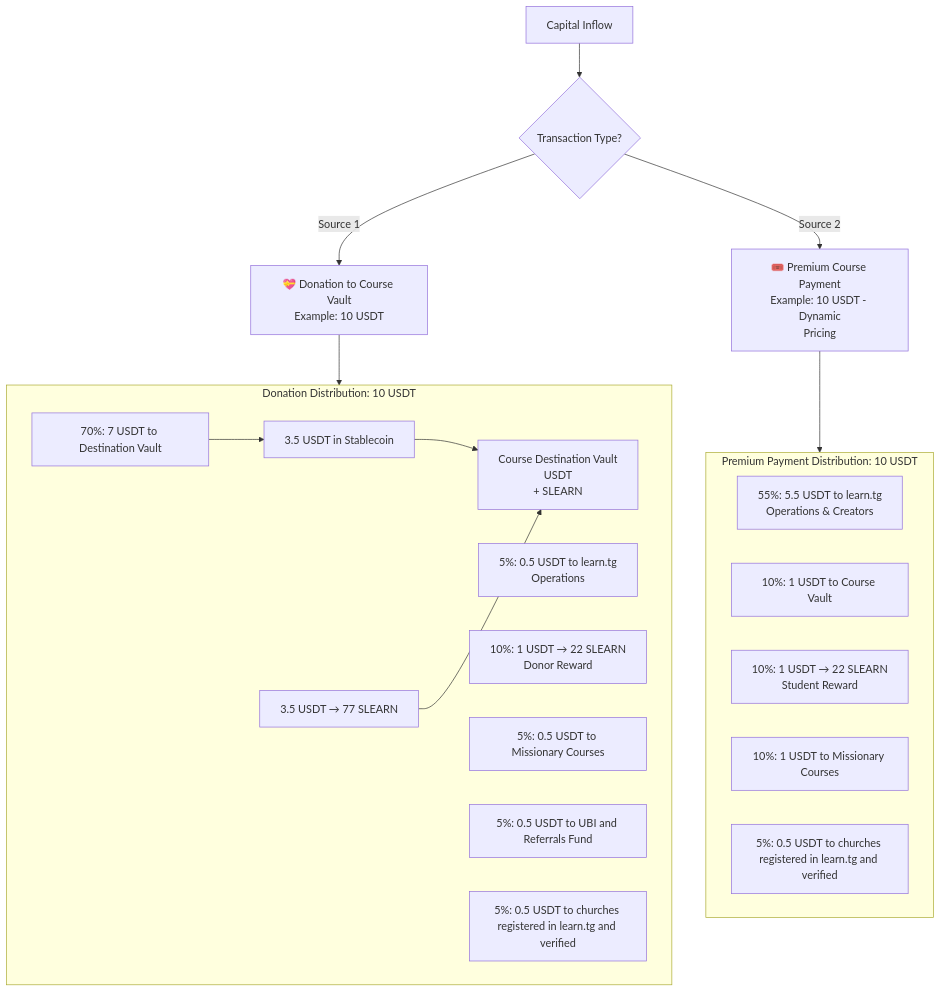
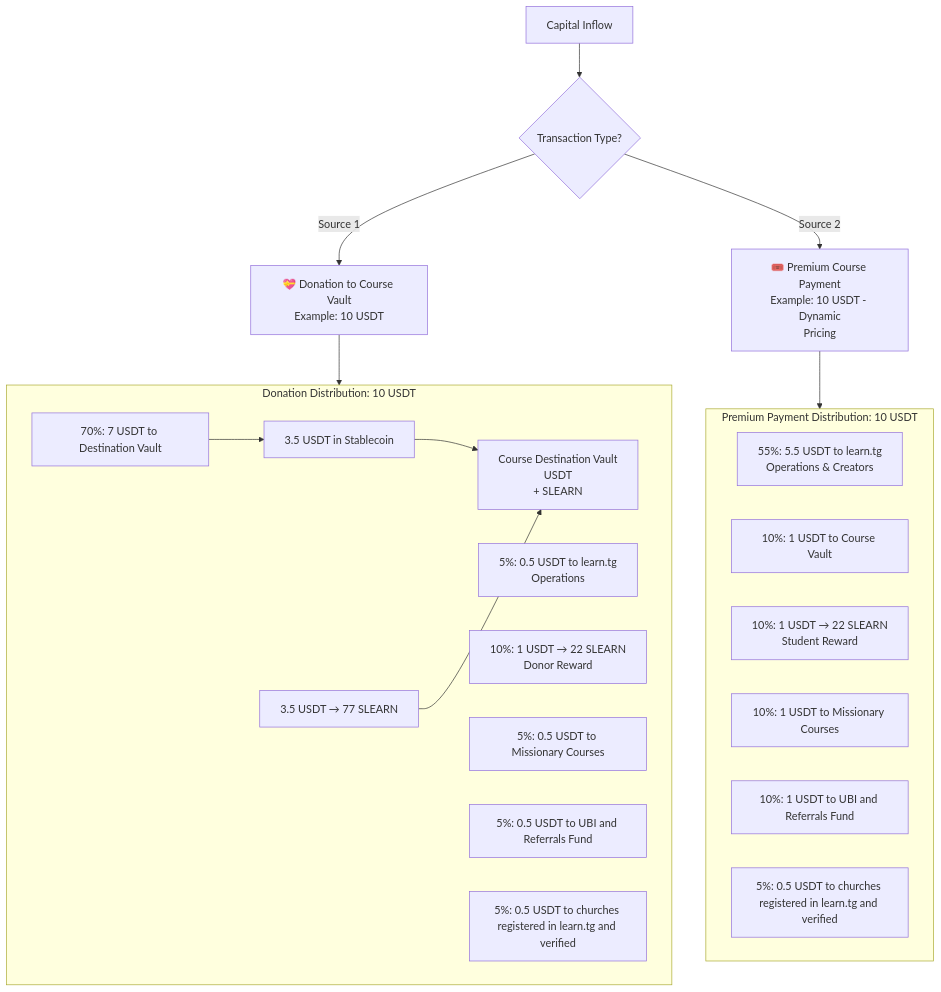
One commit to pasosdeJesus/learn.tg changed the first of 3 diagrams in SLEARN-WHITEPAPER.md. Above: the diagram before and after it, drawn with Mermaid.

````diff
--- a/SLEARN-WHITEPAPER.md
+++ b/SLEARN-WHITEPAPER.md
@@ -69,34 +69,35 @@
 ```mermaid
 flowchart TB
     A[Capital Inflow] --> B{Transaction Type?}
     
     B -->|Source 1| C[💝 Donation to Course Vault<br>Example: 10 USDT]
     B -->|Source 2| D[🎟️ Premium Course Payment<br>Example: 10 USDT - Dynamic
 Pricing]
     
     C --> C1[Donation Distribution]
     D --> D1[Payment Distribution]
     
     subgraph C1 [Donation Distribution: 10 USDT]
         direction LR
         C1_1[70%: 7 USDT to Destination Vault] --> C1_1a
         C1_2[5%: 0.5 USDT to learn.tg<br>Operations]
         C1_3[10%: 1 USDT → 22 SLEARN<br>Donor Reward]
         C1_4[5%: 0.5 USDT to Missionary Courses]
         C1_5[5%: 0.5 USDT to UBI and Referrals Fund]
         C1_6[5%: 0.5 USDT to churches registered in learn.tg and verified]
         
         C1_1a[3.5 USDT in Stablecoin] --> C1_1b[Course Destination Vault<br>USDT
 + SLEARN]
         C1_1a2[3.5 USDT → 77 SLEARN] --> C1_1b
     end
     
     subgraph D1 [Premium Payment Distribution: 10 USDT]
         direction LR
         D1_1[55%: 5.5 USDT to learn.tg<br>Operations & Creators]
         D1_2[10%: 1 USDT to Course Vault]
         D1_3[10%: 1 USDT → 22 SLEARN<br>Student Reward]
         D1_4[10%: 1 USDT to Missionary Courses]
-        D1_5[5%: 0.5 USDT to churches registered in learn.tg and verified]
+        D1_5[10%: 1 USDT to UBI and Referrals Fund]
+        D1_6[5%: 0.5 USDT to churches registered in learn.tg and verified]
     end
 ```
````
